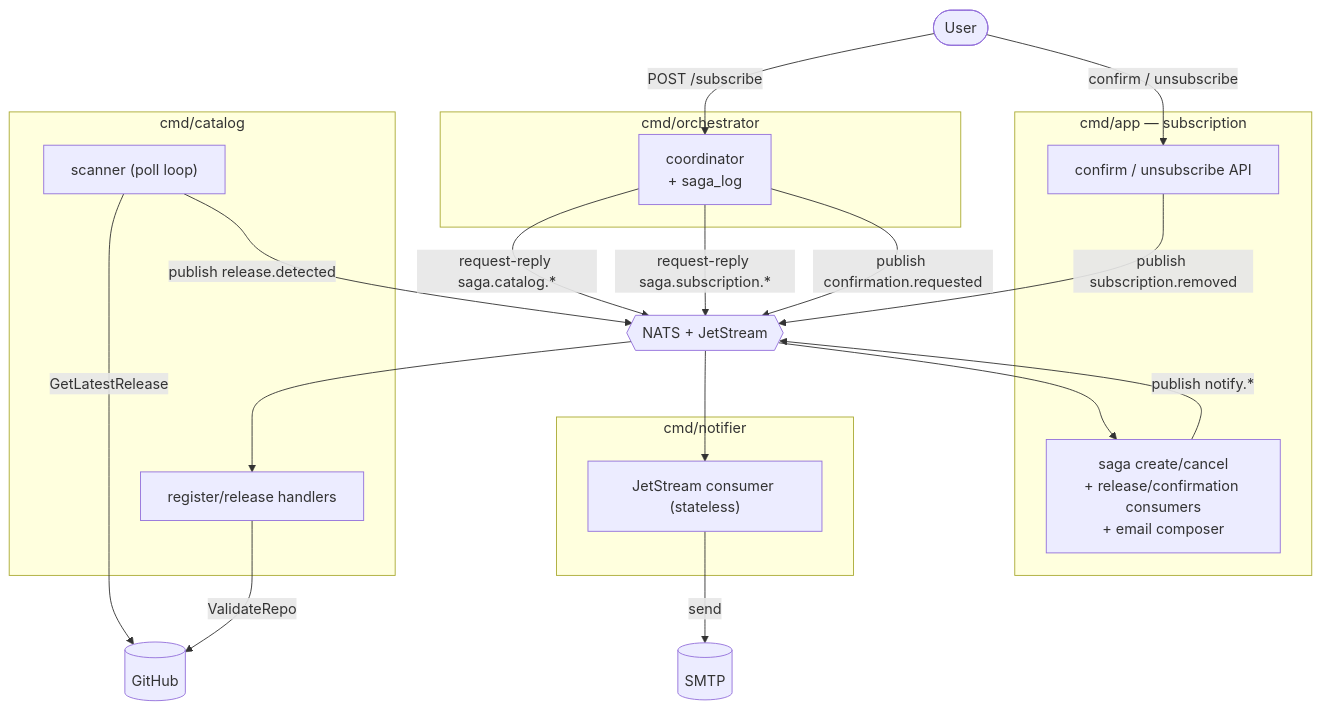
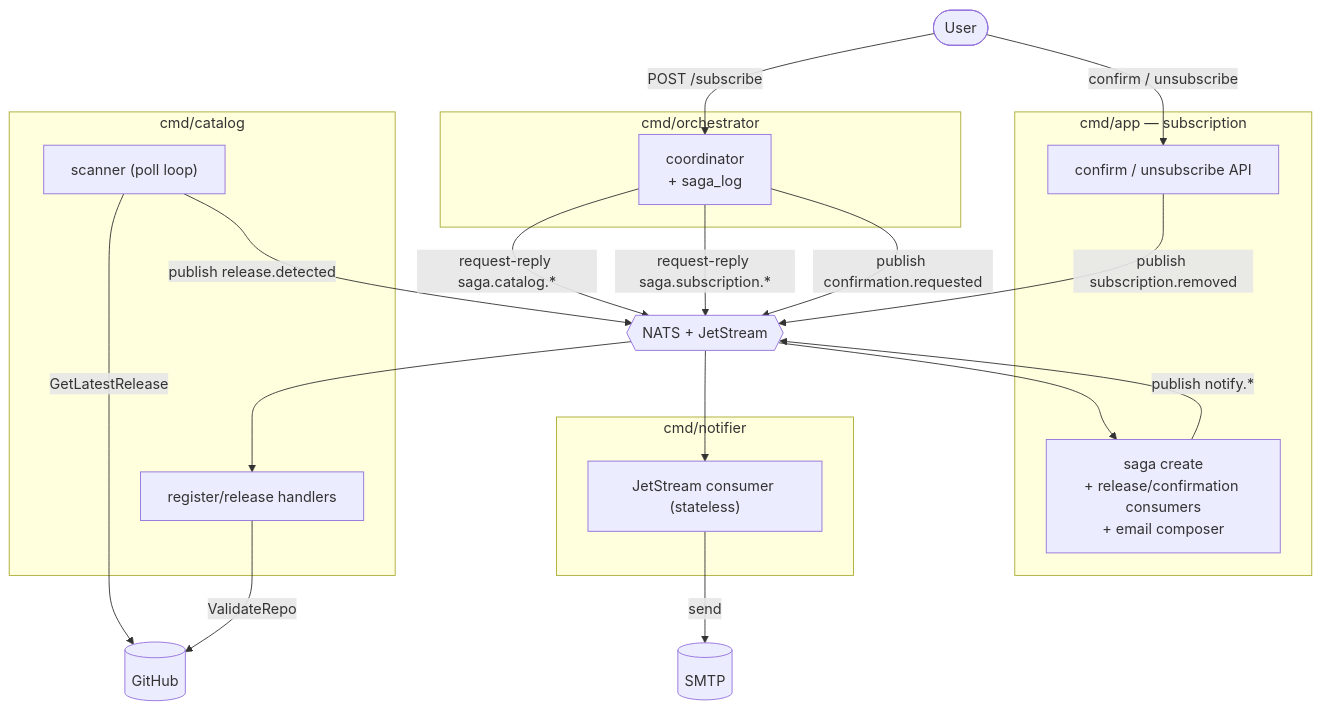
Before and after one commit to GenesisEducationKyiv/software-engineering-school-6-0-Andriy-Sydorenko: the diagram in docs/microservices.md, drawn with Mermaid. The commit also changed other lines of this file and 9 other files, not shown here.

````diff
--- a/docs/microservices.md
+++ b/docs/microservices.md
@@ -44,36 +43,36 @@
 ```mermaid
 flowchart TB
   Client([User])
   subgraph ORCH["cmd/orchestrator"]
     CO["coordinator<br/>+ saga_log"]
   end
   subgraph SUB["cmd/app — subscription"]
     API["confirm / unsubscribe API"]
-    SH["saga create/cancel<br/>+ release/confirmation consumers<br/>+ email composer"]
+    SH["saga create<br/>+ release/confirmation consumers<br/>+ email composer"]
   end
   subgraph CAT["cmd/catalog"]
     CH["register/release handlers"]
     SCAN["scanner (poll loop)"]
   end
   subgraph NOT["cmd/notifier"]
     NS["JetStream consumer (stateless)"]
   end
   NATS{{"NATS + JetStream"}}
   GH[("GitHub")]
   SMTP[("SMTP")]
 
   Client -->|"POST /subscribe"| CO
   Client -->|"confirm / unsubscribe"| API
   CO -->|"request-reply saga.catalog.*"| NATS
   CO -->|"request-reply saga.subscription.*"| NATS
   CO -->|"publish confirmation.requested"| NATS
   NATS --> CH
   NATS --> SH
   CH -->|ValidateRepo| GH
   SCAN -->|GetLatestRelease| GH
   SCAN -->|"publish release.detected"| NATS
   SH -->|"publish notify.*"| NATS
   API -->|"publish subscription.removed"| NATS
   NATS --> NS
   NS -->|send| SMTP
 ```
````
